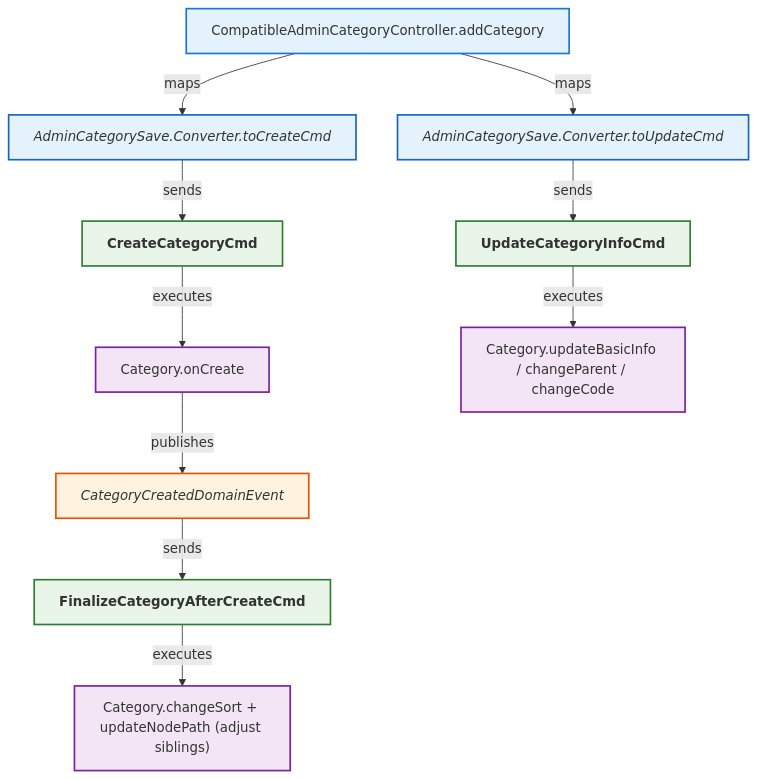
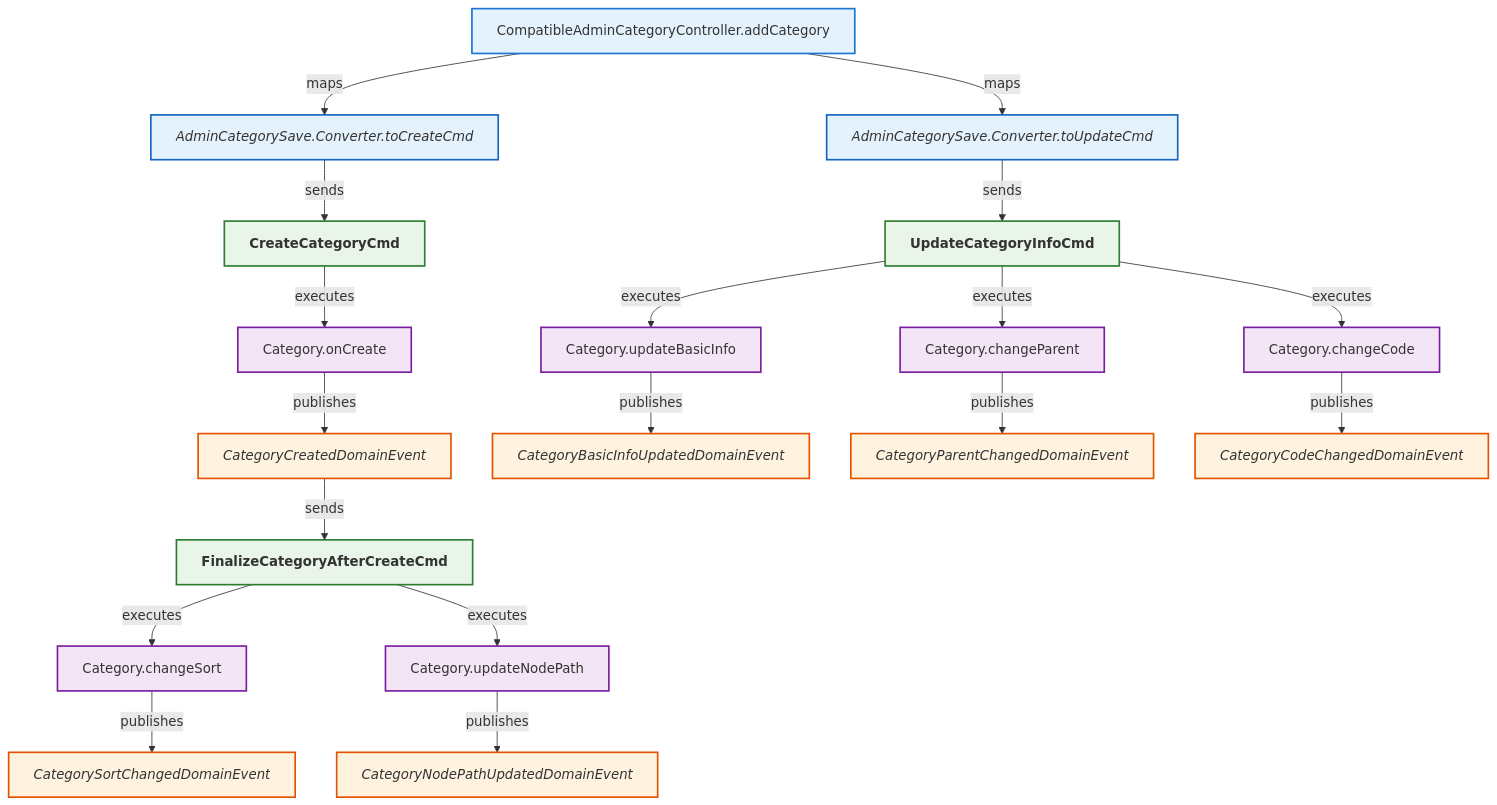
The diagram in analysis/CompatibleAdminCategoryController_saveCategory_create_or_update.mmd (LDmoxeii/only-danmuku), drawn with Mermaid before and after one commit. The commit also changed 9 other files, not shown here.

```diff
--- a/analysis/CompatibleAdminCategoryController_saveCategory_create_or_update.mmd
+++ b/analysis/CompatibleAdminCategoryController_saveCategory_create_or_update.mmd
@@ -1,56 +1,80 @@
 flowchart TB
 
     N1["CompatibleAdminCategoryController.addCategory"]
     class N1 controllermethod;
 
     %% Create branch
     M1["AdminCategorySave.Converter.toCreateCmd"]
     class M1 commandsender;
     C1["CreateCategoryCmd"]
     class C1 command;
     A1["Category.onCreate"]
     class A1 entitymethod;
     E1["CategoryCreatedDomainEvent"]
     class E1 domainevent;
     CC1["FinalizeCategoryAfterCreateCmd"]
     class CC1 command;
-    A1b["Category.changeSort + updateNodePath (adjust siblings)"]
+    A1b["Category.changeSort"]
     class A1b entitymethod;
+    E1b["CategorySortChangedDomainEvent"]
+    class E1b domainevent;
+    A1c["Category.updateNodePath"]
+    class A1c entitymethod;
+    E1c["CategoryNodePathUpdatedDomainEvent"]
+    class E1c domainevent;
 
     %% Update branch
     M2["AdminCategorySave.Converter.toUpdateCmd"]
     class M2 commandsender;
     C2["UpdateCategoryInfoCmd"]
     class C2 command;
-    A2["Category.updateBasicInfo / changeParent / changeCode"]
+    A2["Category.updateBasicInfo"]
     class A2 entitymethod;
+    E2["CategoryBasicInfoUpdatedDomainEvent"]
+    class E2 domainevent;
+    A3["Category.changeParent"]
+    class A3 entitymethod;
+    E3["CategoryParentChangedDomainEvent"]
+    class E3 domainevent;
+    A4["Category.changeCode"]
+    class A4 entitymethod;
+    E4["CategoryCodeChangedDomainEvent"]
+    class E4 domainevent;
 
     %% Relationships
     N1 -->|maps| M1
     M1 -->|sends| C1
     C1 -->|executes| A1
     A1 -->|publishes| E1
     E1 -->|sends| CC1
     CC1 -->|executes| A1b
+    A1b -->|publishes| E1b
+    CC1 -->|executes| A1c
+    A1c -->|publishes| E1c
 
     N1 -->|maps| M2
     M2 -->|sends| C2
     C2 -->|executes| A2
+    A2 -->|publishes| E2
+    C2 -->|executes| A3
+    A3 -->|publishes| E3
+    C2 -->|executes| A4
+    A4 -->|publishes| E4
 
     %% Styles
     classDef controller fill:#e3f2fd,stroke:#1565c0,stroke-width:2px,font-weight:bold;
     classDef controllermethod fill:#e3f2fd,stroke:#1976d2,stroke-width:2px;
     classDef endpoint fill:#e3f2fd,stroke:#42a5f5,stroke-width:2px;
     classDef commandsender fill:#e3f2fd,stroke:#1565c0,stroke-width:2px,font-style:italic;
     classDef commandsendermethod fill:#e3f2fd,stroke:#1976d2,stroke-width:2px,font-style:italic;
     classDef command fill:#e8f5e8,stroke:#2e7d32,stroke-width:2px,font-weight:bold;
     classDef commandhandler fill:#e8f5e8,stroke:#388e3c,stroke-width:2px,font-weight:bold;
     classDef aggregate fill:#fff8e1,stroke:#ff8f00,stroke-width:3px,font-weight:bold;
     classDef entitymethod fill:#f3e5f5,stroke:#7b1fa2,stroke-width:2px;
     classDef domainevent fill:#fff3e0,stroke:#e65100,stroke-width:2px,font-style:italic;
     classDef domaineventhandler fill:#fff3e0,stroke:#ef6c00,stroke-width:2px,font-weight:bold;
     classDef integrationevent fill:#fce4ec,stroke:#880e4f,stroke-width:2px;
     classDef integrationeventhandler fill:#fce4ec,stroke:#ad1457,stroke-width:2px,font-weight:bold;
     classDef integrationeventconverter fill:#e3f2fd,stroke:#0277bd,stroke-width:2px;
     classDef repo fill:#d6dbdf,stroke:#85929e,stroke-width:2px;
     classDef uow fill:#f2f4f4,stroke:#7f8c8d,stroke-width:2px;
```
